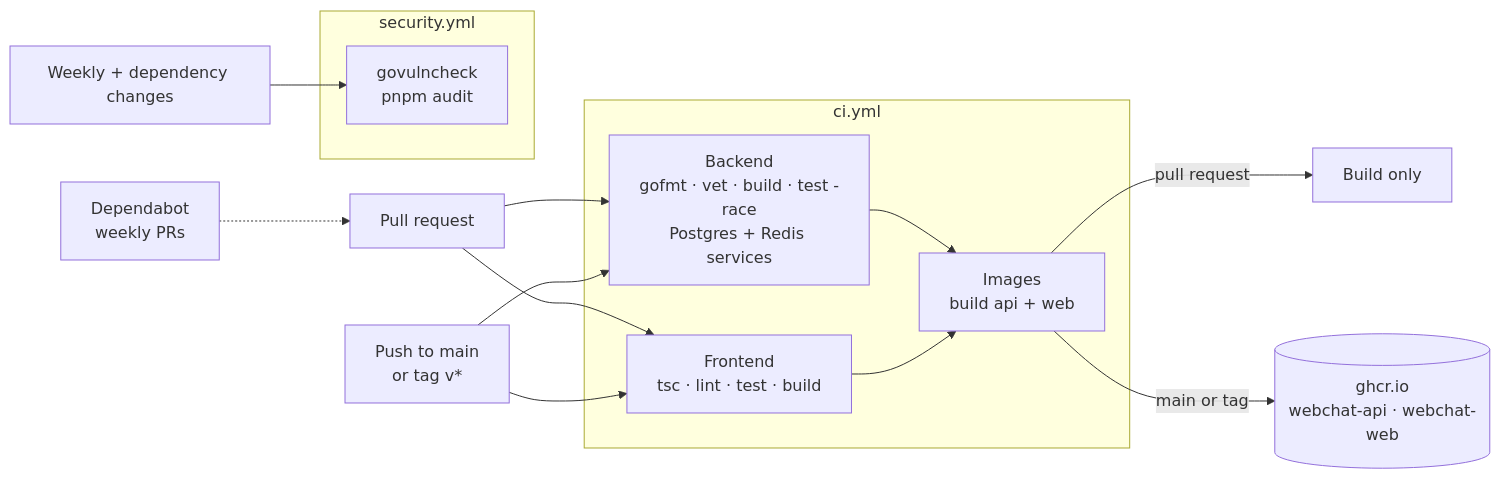
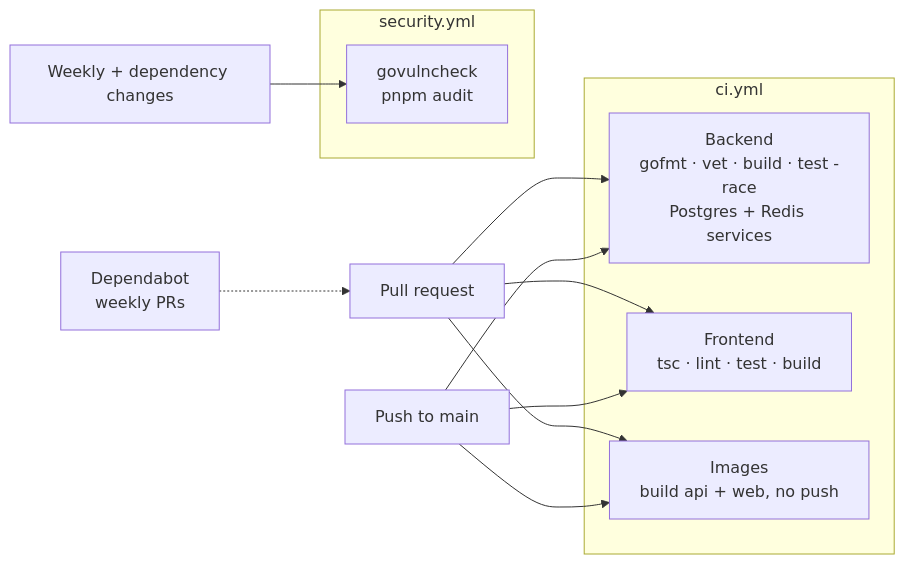
One commit to TonyGLL/webchat changed the diagram in docs/en/ci-cd.md. Above: the diagram before and after it, drawn with Mermaid. The commit also changed other lines of this file and 6 other files, not shown here.

First line of the commit message:
CI: build the Docker images but stop publishing them to GHCR

````diff
--- a/docs/en/ci-cd.md
+++ b/docs/en/ci-cd.md
@@ -9,21 +9,19 @@
 ```mermaid
 flowchart LR
     PR[Pull request] --> B
     PR --> F
-    PUSH[Push to main<br/>or tag v*] --> B
+    PUSH[Push to main] --> B
     PUSH --> F
+    PR --> I
+    PUSH --> I
     subgraph CI["ci.yml"]
       B[Backend<br/>gofmt · vet · build · test -race<br/>Postgres + Redis services]
       F[Frontend<br/>tsc · lint · test · build]
-      B --> I
-      F --> I
-      I[Images<br/>build api + web]
+      I[Images<br/>build api + web, no push]
     end
-    I -->|pull request| NOPUSH[Build only]
-    I -->|main or tag| GHCR[(ghcr.io<br/>webchat-api · webchat-web)]
     CRON[Weekly + dependency changes] --> SEC
     subgraph SECW["security.yml"]
       SEC[govulncheck<br/>pnpm audit]
     end
     DEP[Dependabot<br/>weekly PRs] -.-> PR
 ```
````
